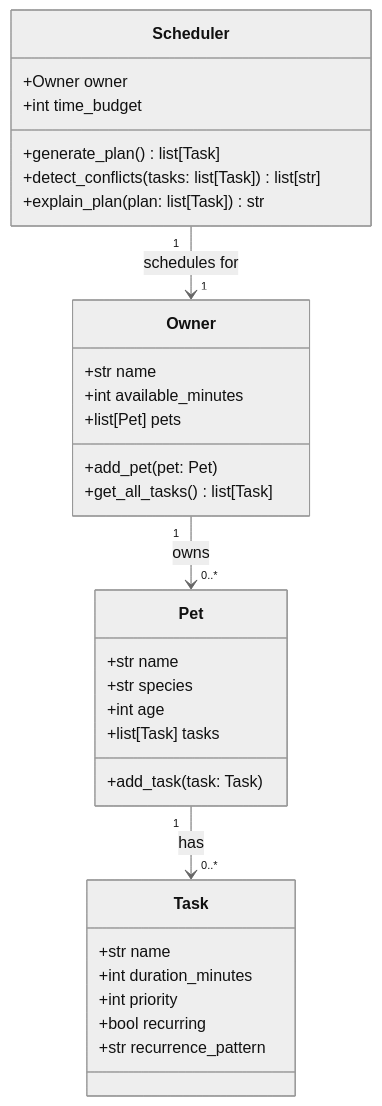
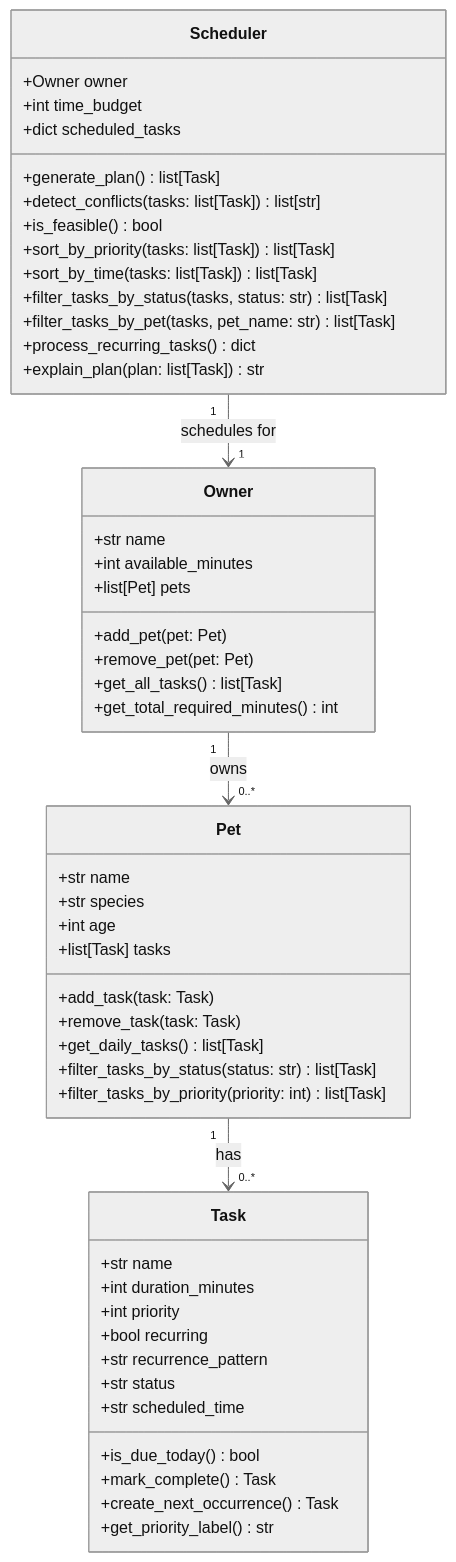
The diagram in README.md (kneha07/ai110-module2show-pawpal-starter), drawn with Mermaid (neutral theme) before and after one commit. The commit also changed other lines of this file and 9 other files, not shown here.

````diff
--- a/README.md
+++ b/README.md
@@ -27,38 +27,57 @@
 ```mermaid
 classDiagram
     class Owner {
         +str name
         +int available_minutes
         +list[Pet] pets
         +add_pet(pet: Pet)
+        +remove_pet(pet: Pet)
         +get_all_tasks() list[Task]
+        +get_total_required_minutes() int
     }
 
     class Pet {
         +str name
         +str species
         +int age
         +list[Task] tasks
         +add_task(task: Task)
+        +remove_task(task: Task)
+        +get_daily_tasks() list[Task]
+        +filter_tasks_by_status(status: str) list[Task]
+        +filter_tasks_by_priority(priority: int) list[Task]
     }
 
     class Task {
         +str name
         +int duration_minutes
         +int priority
         +bool recurring
         +str recurrence_pattern
+        +str status
+        +str scheduled_time
+        +is_due_today() bool
+        +mark_complete() Task
+        +create_next_occurrence() Task
+        +get_priority_label() str
     }
 
     class Scheduler {
         +Owner owner
         +int time_budget
+        +dict scheduled_tasks
         +generate_plan() list[Task]
         +detect_conflicts(tasks: list[Task]) list[str]
+        +is_feasible() bool
+        +sort_by_priority(tasks: list[Task]) list[Task]
+        +sort_by_time(tasks: list[Task]) list[Task]
+        +filter_tasks_by_status(tasks, status: str) list[Task]
+        +filter_tasks_by_pet(tasks, pet_name: str) list[Task]
+        +process_recurring_tasks() dict
         +explain_plan(plan: list[Task]) str
     }
 
     Owner "1" --> "0..*" Pet : owns
     Pet "1" --> "0..*" Task : has
     Scheduler "1" --> "1" Owner : schedules for
 ```
````
